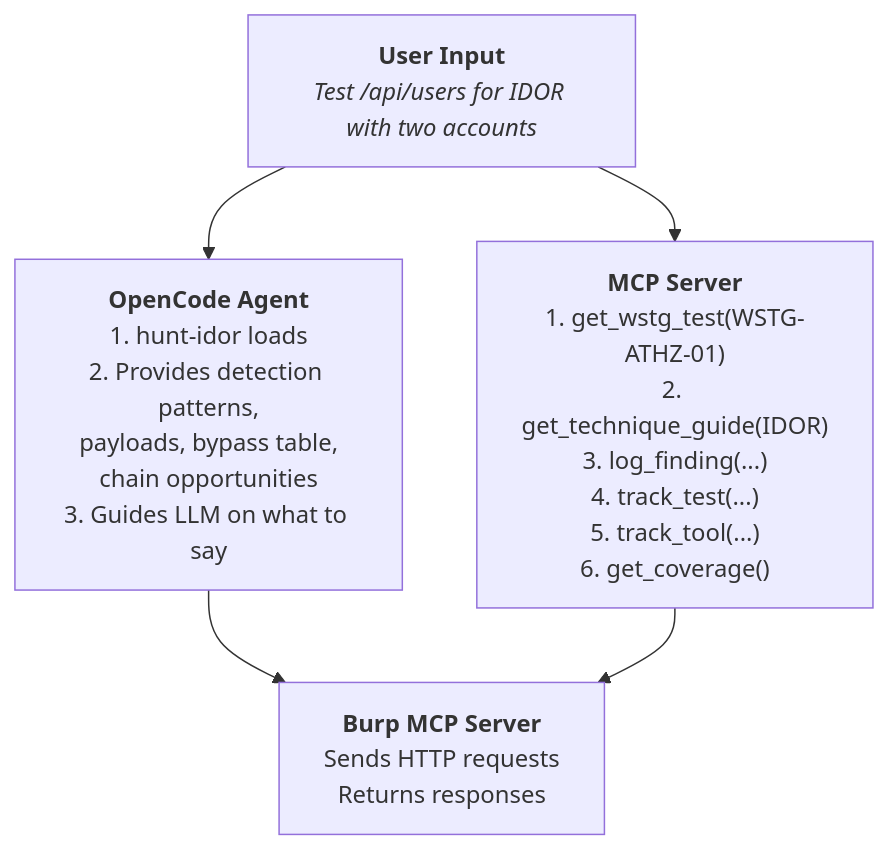
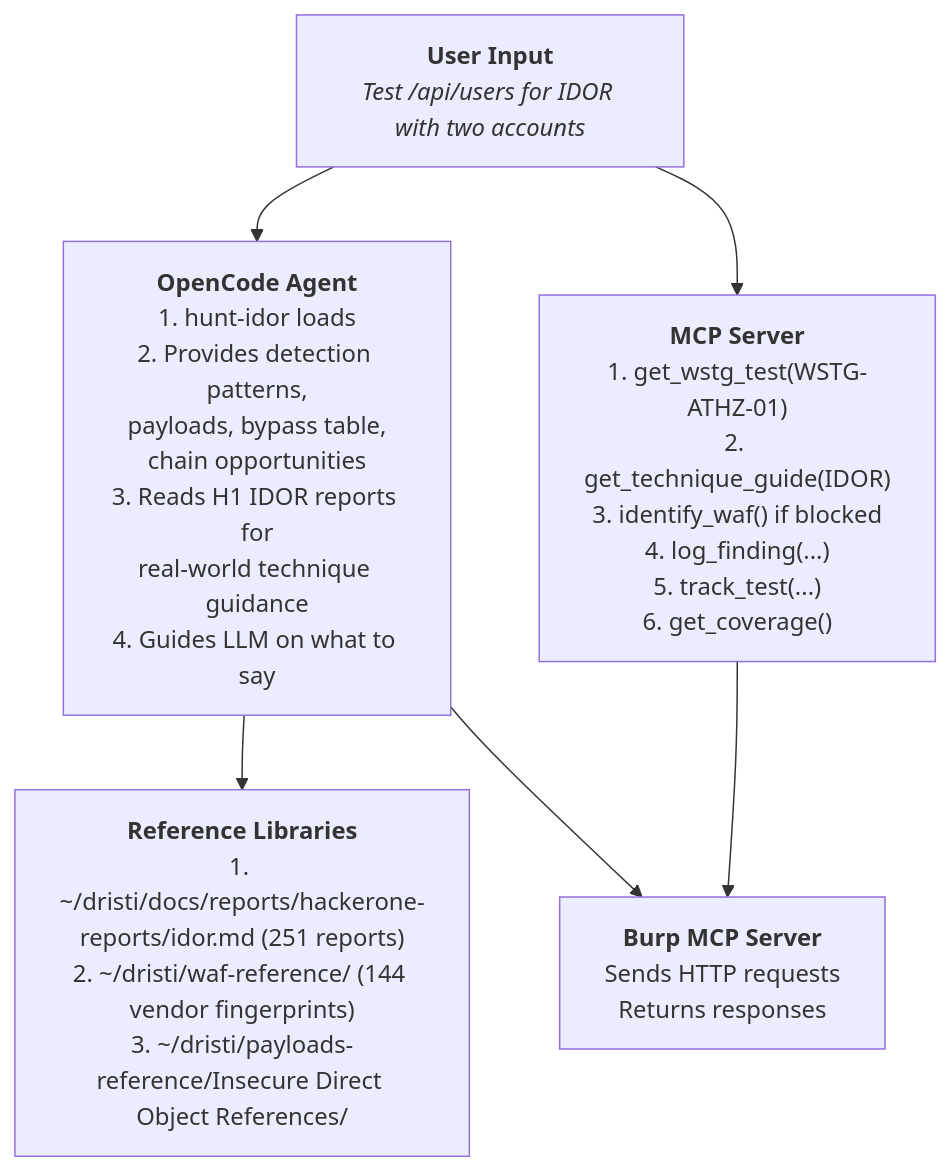
One commit to manojxshrestha/dristi changed the third of 3 diagrams in docs/workflow.md. Above: the diagram before and after it, drawn with Mermaid. The commit also changed other lines of this file and 1011 other files, not shown here.

First line of the commit message:
Add passive intel phase (1.75), @pintel agent, s3 bucket scanning, tool install

````diff
--- a/docs/workflow.md
+++ b/docs/workflow.md
@@ -321,29 +351,37 @@
 ```mermaid
 graph TB
     User["`**User Input**
     *Test /api/users for IDOR with two accounts*`"]
 
     Agent["`**OpenCode Agent**
     1. hunt-idor loads
     2. Provides detection patterns,
        payloads, bypass table,
        chain opportunities
-    3. Guides LLM on what to say`"]
+    3. Reads H1 IDOR reports for
+       real-world technique guidance
+    4. Guides LLM on what to say`"]
 
     MCP["`**MCP Server**
     1. get_wstg_test(WSTG-ATHZ-01)
     2. get_technique_guide(IDOR)
-    3. log_finding(...)
-    4. track_test(...)
-    5. track_tool(...)
+    3. identify_waf() if blocked
+    4. log_finding(...)
+    5. track_test(...)
     6. get_coverage()`"]
+
+    Refs["`**Reference Libraries**
+    1. ~/dristi/docs/reports/hackerone-reports/idor.md (251 reports)
+    2. ~/dristi/waf-reference/ (144 vendor fingerprints)
+    3. ~/dristi/payloads-reference/Insecure Direct Object References/`"]
 
     Burp["`**Burp MCP Server**
     Sends HTTP requests
     Returns responses`"]
 
     User --> Agent
     User --> MCP
+    Agent --> Refs
     Agent --> Burp
     MCP --> Burp
 ```
````
